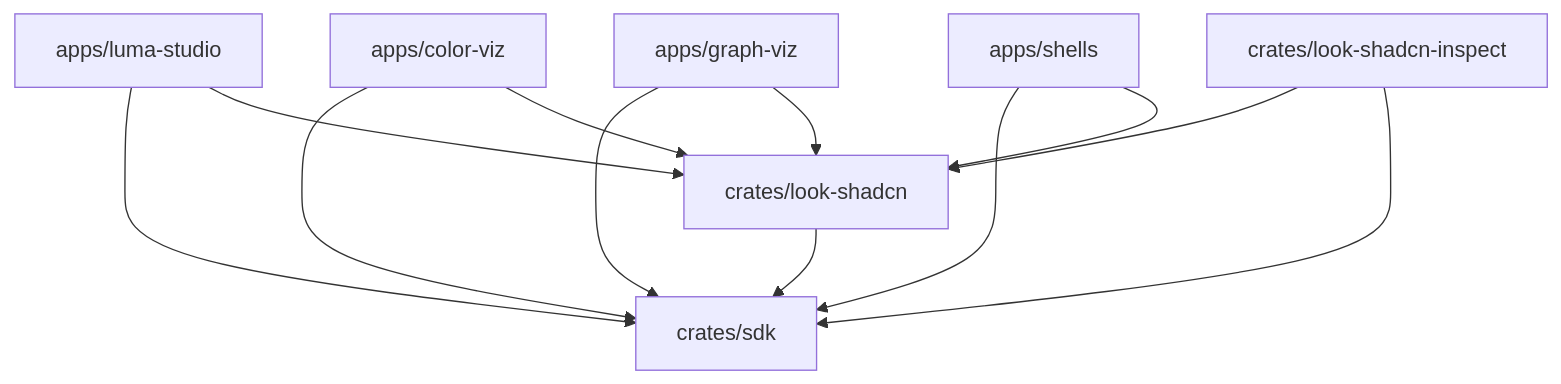
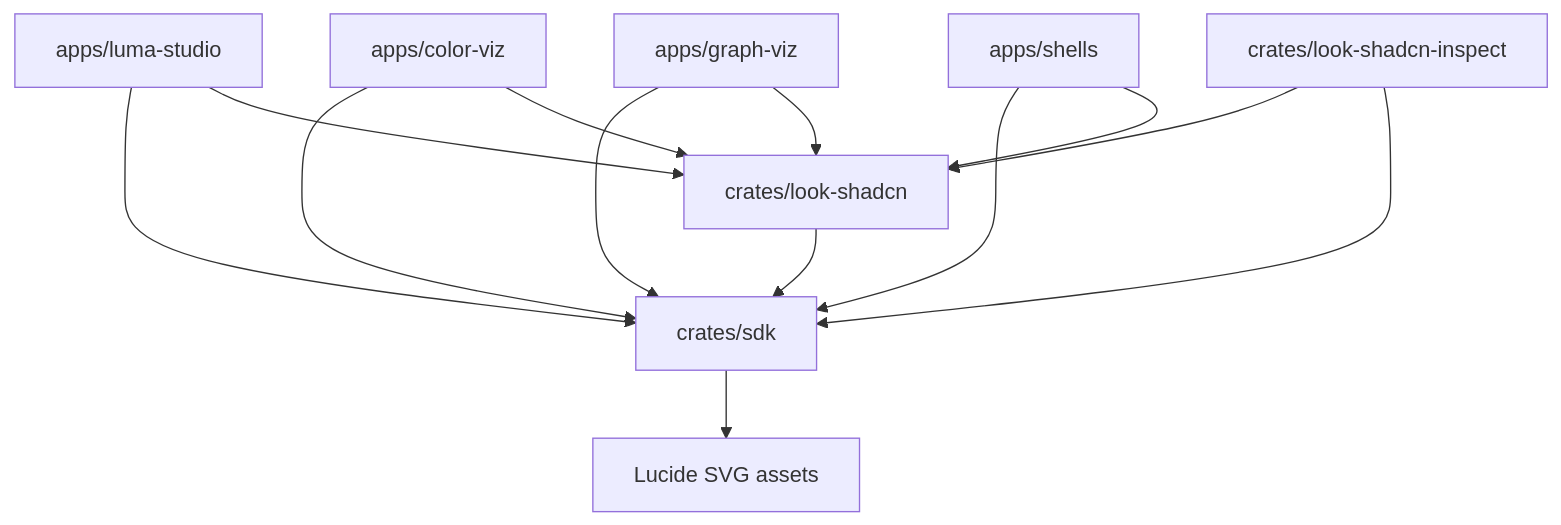
One commit to gpui-luma-dev/gpui-luma changed the diagram in docs/architecture.md. Above: the diagram before and after it, drawn with Mermaid. The commit also changed other lines of this file and 123 other files, not shown here.

Commit message:
Convert to SVG lucide icons

````diff
--- a/docs/architecture.md
+++ b/docs/architecture.md
@@ -23,14 +24,15 @@
 ```mermaid
 graph TD
     Studio[apps/luma-studio] --> SDK[crates/sdk]
+    SDK --> Lucide[Lucide SVG assets]
     Studio --> Look[crates/look-shadcn]
     ColorViz[apps/color-viz] --> SDK
     ColorViz --> Look
     GraphViz[apps/graph-viz] --> SDK
     GraphViz --> Look
     Shells[apps/shells] --> SDK
     Shells --> Look
     Look --> SDK
     LookInspect[crates/look-shadcn-inspect] --> Look
     LookInspect --> SDK
 ```
````
